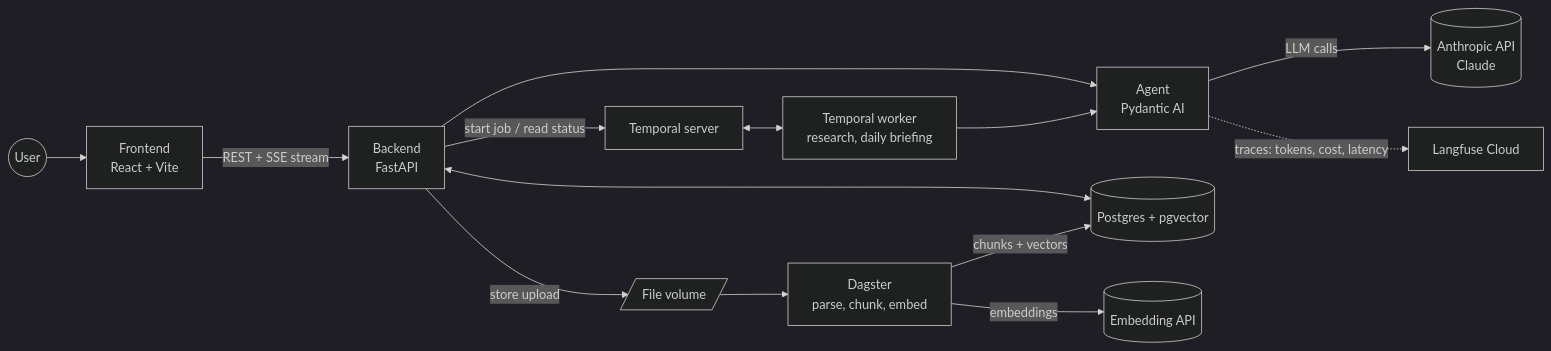
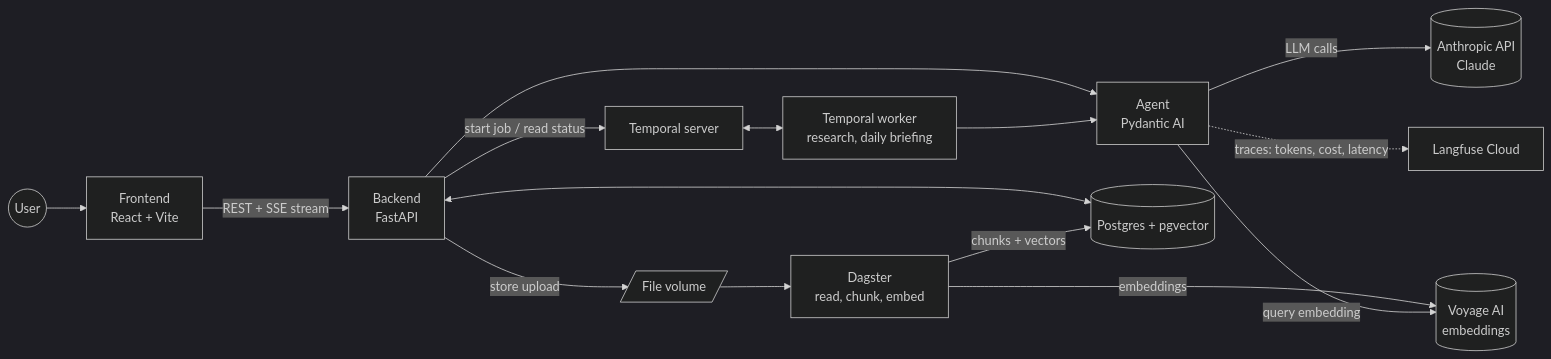
Before and after one commit to moritzgaertner/MGPA: the diagram in docs/ARCHITECTURE.md, drawn with Mermaid (dark theme). The commit also changed other lines of this file and 2 other files, not shown here.

Commit message:
docs: drop pdf support and record voyage embeddings decision

````diff
--- a/docs/ARCHITECTURE.md
+++ b/docs/ARCHITECTURE.md
@@ -6,16 +6,17 @@
 ```mermaid
 flowchart LR
     U((User)) --> FE[Frontend<br/>React + Vite]
     FE -- "REST + SSE stream" --> API[Backend<br/>FastAPI]
     API --> AG[Agent<br/>Pydantic AI]
     AG -- "LLM calls" --> CL[(Anthropic API<br/>Claude)]
     AG -. "traces: tokens, cost, latency" .-> LF[Langfuse Cloud]
     API <--> PG[(Postgres + pgvector)]
     API -- "start job / read status" --> TS[Temporal server]
     TS <--> WK[Temporal worker<br/>research, daily briefing]
     WK --> AG
     API -- "store upload" --> FS[/File volume/]
-    FS --> DG[Dagster<br/>parse, chunk, embed]
-    DG -- "embeddings" --> EM[(Embedding API)]
+    FS --> DG[Dagster<br/>read, chunk, embed]
+    DG -- "embeddings" --> EM[(Voyage AI<br/>embeddings)]
+    AG -- "query embedding" --> EM
     DG -- "chunks + vectors" --> PG
 ```
````
